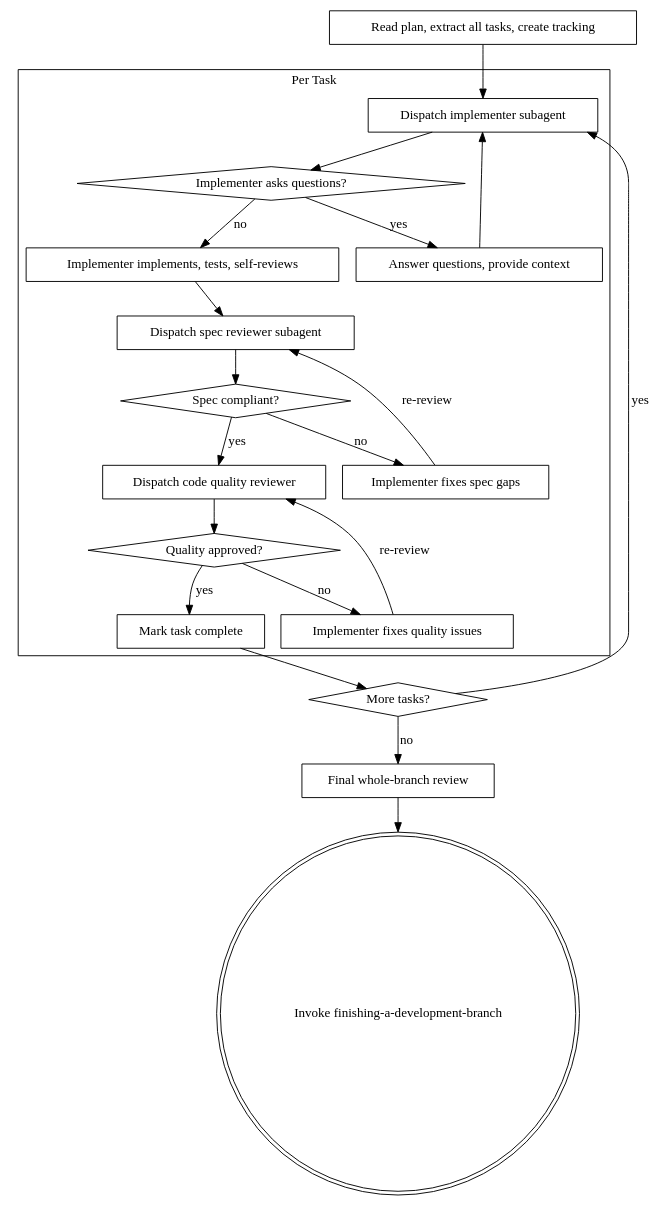
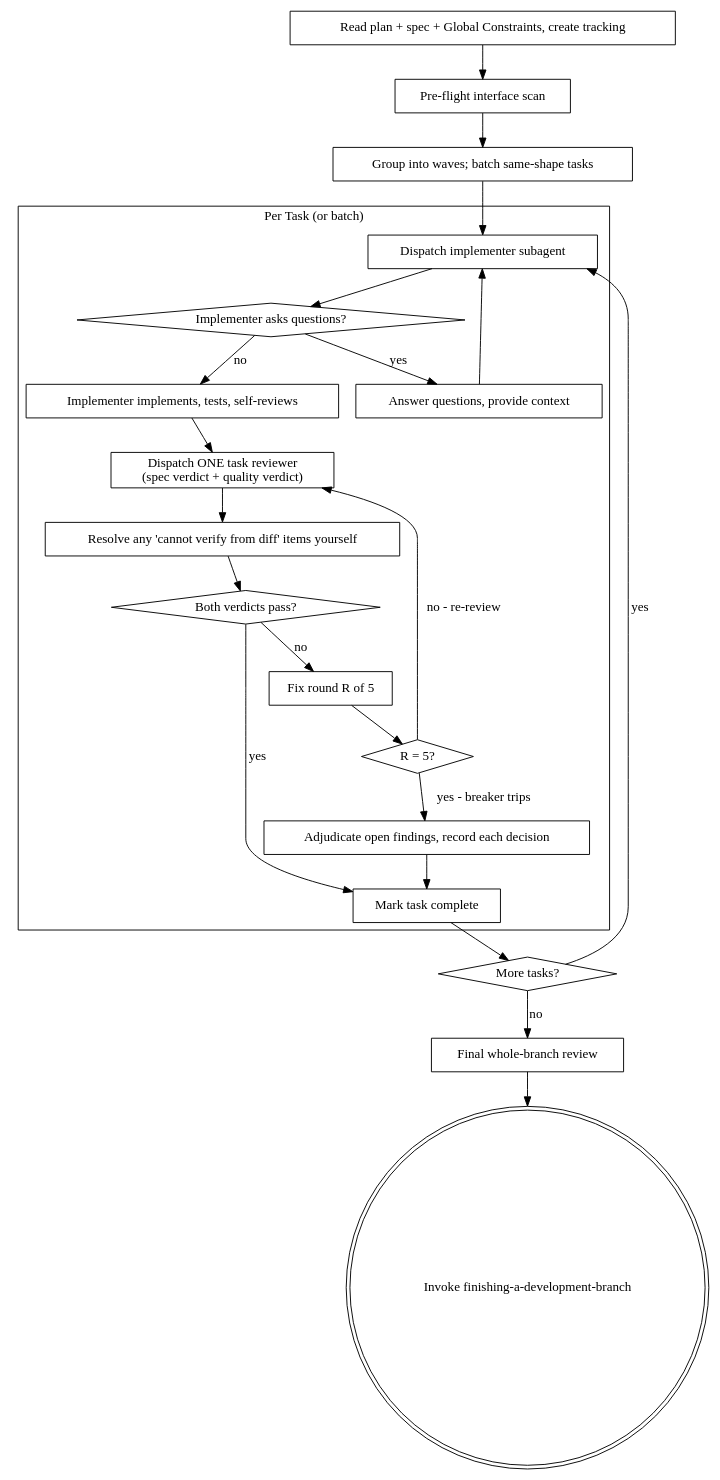
Before and after one commit to REPOZY/superpowers-optimized: the diagram in skills/subagent-driven-development/SKILL.md, drawn with Graphviz. The commit also changed other lines of this file and 35 other files, not shown here.

````diff
--- a/skills/subagent-driven-development/SKILL.md
+++ b/skills/subagent-driven-development/SKILL.md
@@ -20,44 +20,48 @@
 ```dot
 digraph sdd_process {
     rankdir=TB;
 
     subgraph cluster_per_task {
-        label="Per Task";
+        label="Per Task (or batch)";
         "Dispatch implementer subagent" [shape=box];
         "Implementer asks questions?" [shape=diamond];
         "Answer questions, provide context" [shape=box];
         "Implementer implements, tests, self-reviews" [shape=box];
-        "Dispatch spec reviewer subagent" [shape=box];
-        "Spec compliant?" [shape=diamond];
-        "Implementer fixes spec gaps" [shape=box];
-        "Dispatch code quality reviewer" [shape=box];
-        "Quality approved?" [shape=diamond];
-        "Implementer fixes quality issues" [shape=box];
+        "Dispatch ONE task reviewer\n(spec verdict + quality verdict)" [shape=box];
+        "Resolve any 'cannot verify from diff' items yourself" [shape=box];
+        "Both verdicts pass?" [shape=diamond];
+        "Fix round R of 5" [shape=box];
+        "R = 5?" [shape=diamond];
+        "Adjudicate open findings, record each decision" [shape=box];
         "Mark task complete" [shape=box];
     }
 
-    "Read plan, extract all tasks, create tracking" [shape=box];
+    "Read plan + spec + Global Constraints, create tracking" [shape=box];
+    "Pre-flight interface scan" [shape=box];
+    "Group into waves; batch same-shape tasks" [shape=box];
     "More tasks?" [shape=diamond];
     "Final whole-branch review" [shape=box];
     "Invoke finishing-a-development-branch" [shape=doublecircle];
 
-    "Read plan, extract all tasks, create tracking" -> "Dispatch implementer subagent";
+    "Read plan + spec + Global Constraints, create tracking" -> "Pre-flight interface scan";
+    "Pre-flight interface scan" -> "Group into waves; batch same-shape tasks";
+    "Group into waves; batch same-shape tasks" -> "Dispatch implementer subagent";
     "Dispatch implementer subagent" -> "Implementer asks questions?";
     "Implementer asks questions?" -> "Answer questions, provide context" [label="yes"];
     "Answer questions, provide context" -> "Dispatch implementer subagent";
     "Implementer asks questions?" -> "Implementer implements, tests, self-reviews" [label="no"];
-    "Implementer implements, tests, self-reviews" -> "Dispatch spec reviewer subagent";
-    "Dispatch spec reviewer subagent" -> "Spec compliant?";
-    "Spec compliant?" -> "Implementer fixes spec gaps" [label="no"];
-    "Implementer fixes spec gaps" -> "Dispatch spec reviewer subagent" [label="re-review"];
-    "Spec compliant?" -> "Dispatch code quality reviewer" [label="yes"];
-    "Dispatch code quality reviewer" -> "Quality approved?";
-    "Quality approved?" -> "Implementer fixes quality issues" [label="no"];
-    "Implementer fixes quality issues" -> "Dispatch code quality reviewer" [label="re-review"];
-    "Quality approved?" -> "Mark task complete" [label="yes"];
+    "Implementer implements, tests, self-reviews" -> "Dispatch ONE task reviewer\n(spec verdict + quality verdict)";
+    "Dispatch ONE task reviewer\n(spec verdict + quality verdict)" -> "Resolve any 'cannot verify from diff' items yourself";
+    "Resolve any 'cannot verify from diff' items yourself" -> "Both verdicts pass?";
+    "Both verdicts pass?" -> "Mark task complete" [label="yes"];
+    "Both verdicts pass?" -> "Fix round R of 5" [label="no"];
+    "Fix round R of 5" -> "R = 5?";
+    "R = 5?" -> "Dispatch ONE task reviewer\n(spec verdict + quality verdict)" [label="no - re-review"];
+    "R = 5?" -> "Adjudicate open findings, record each decision" [label="yes - breaker trips"];
+    "Adjudicate open findings, record each decision" -> "Mark task complete";
     "Mark task complete" -> "More tasks?";
     "More tasks?" -> "Dispatch implementer subagent" [label="yes"];
     "More tasks?" -> "Final whole-branch review" [label="no"];
     "Final whole-branch review" -> "Invoke finishing-a-development-branch";
 }
 ```
````
